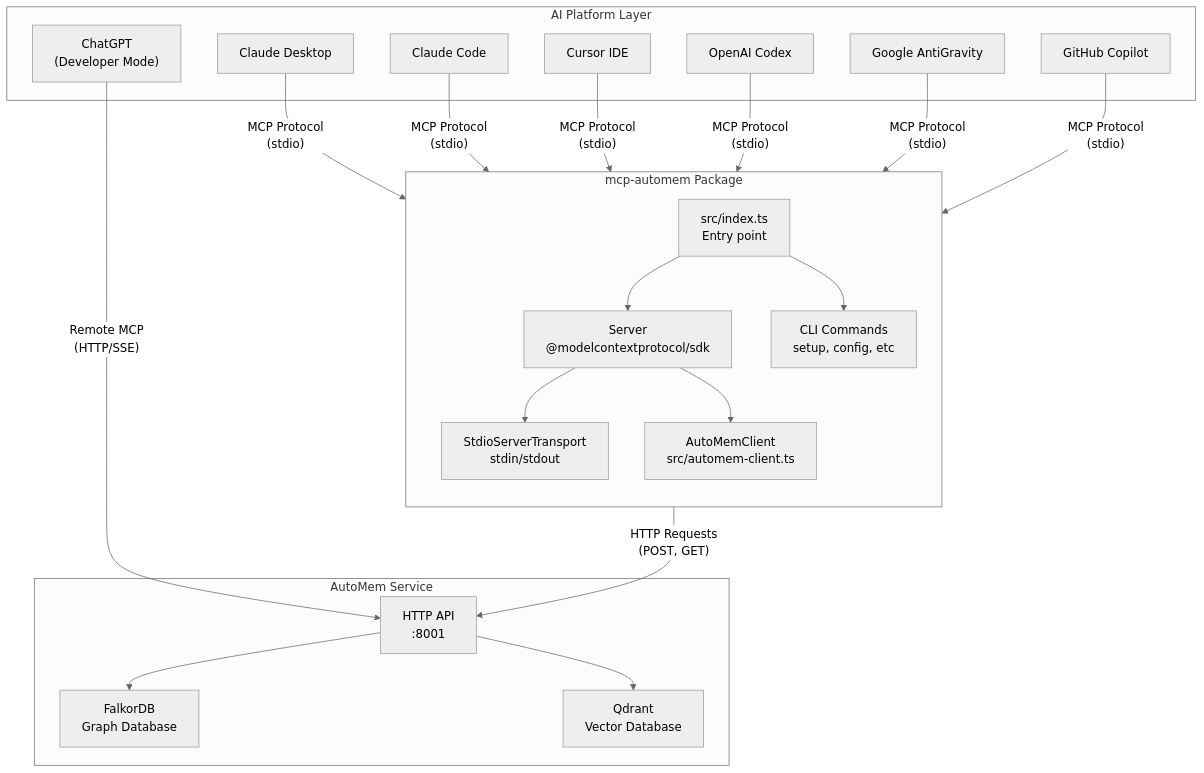
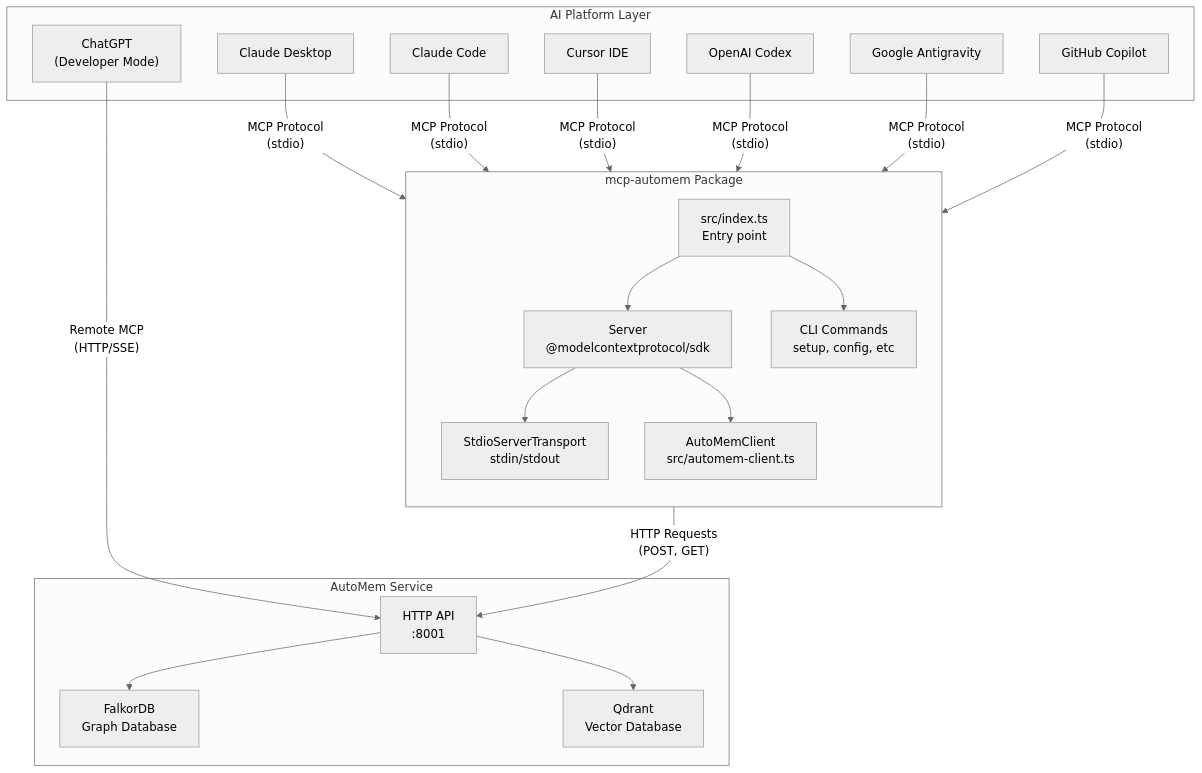
Before and after one commit to verygoodplugins/automem-website: the second of 6 diagrams in src/content/docs/docs/overview.md, drawn with Mermaid (neutral theme). The commit also changed other lines of this file and 33 other files, not shown here.

````diff
--- a/src/content/docs/docs/overview.md
+++ b/src/content/docs/docs/overview.md
@@ -91,45 +91,45 @@
 ```mermaid
 graph TB
     subgraph AI_Platforms["AI Platform Layer"]
         CD["Claude Desktop"]
         CC["Claude Code"]
         CUR["Cursor IDE"]
         COD["OpenAI Codex"]
-        AG["Google AntiGravity"]
+        AG["Google Antigravity"]
         CGIT["GitHub Copilot"]
         CGP["ChatGPT<br/>(Developer Mode)"]
     end
 
     subgraph MCP_Package["mcp-automem Package"]
         direction TB
         INDEX["src/index.ts<br/>Entry point"]
         SERVER["Server<br/>@modelcontextprotocol/sdk"]
         STDIO["StdioServerTransport<br/>stdin/stdout"]
         CLIENT["AutoMemClient<br/>src/automem-client.ts"]
         CLI["CLI Commands<br/>setup, config, etc"]
 
         INDEX --> SERVER
         INDEX --> CLI
         SERVER --> STDIO
         SERVER --> CLIENT
     end
 
     subgraph AutoMem_Service["AutoMem Service"]
         API["HTTP API<br/>:8001"]
         FDB["FalkorDB<br/>Graph Database"]
         QDR["Qdrant<br/>Vector Database"]
 
         API --> FDB
         API --> QDR
     end
 
     CD -->|"MCP Protocol<br/>(stdio)"| SERVER
     CC -->|"MCP Protocol<br/>(stdio)"| SERVER
     CUR -->|"MCP Protocol<br/>(stdio)"| SERVER
     COD -->|"MCP Protocol<br/>(stdio)"| SERVER
     AG -->|"MCP Protocol<br/>(stdio)"| SERVER
     CGIT -->|"MCP Protocol<br/>(stdio)"| SERVER
     CGP -->|"Remote MCP<br/>(HTTP/SSE)"| API
 
     CLIENT -->|"HTTP Requests<br/>(POST, GET)"| API
 ```
````
